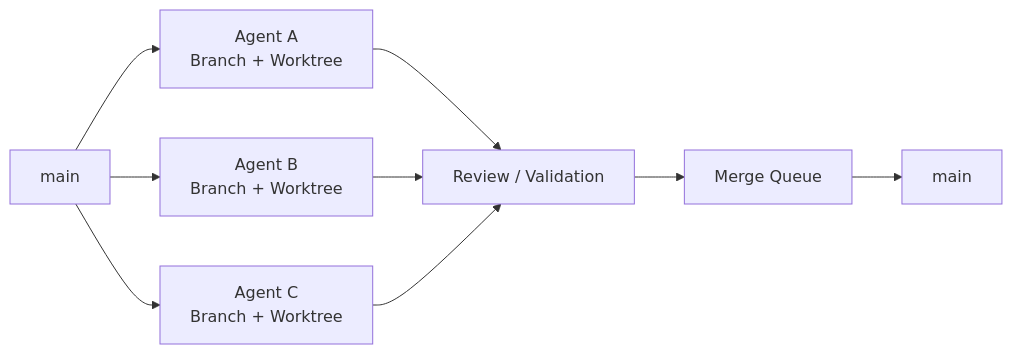
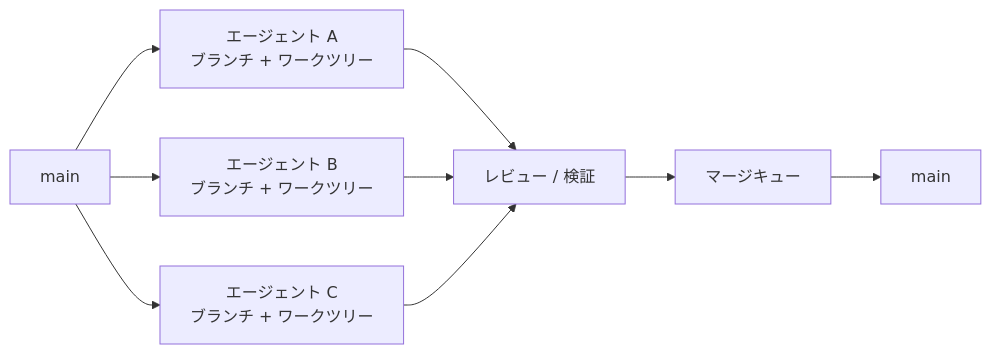
The first of 4 diagrams in README.ja.md (UlyssesLeoLee/MAGOS), drawn with Mermaid before and after one commit. The commit also changed other lines of this file and 1 other file, not shown here.

First line of the commit message:
docs: the Japanese README writes its diagrams and command comments in Japanese

````diff
--- a/README.ja.md
+++ b/README.ja.md
@@ -157,13 +157,13 @@
 ```mermaid
 flowchart LR
-    M["main"] --> A["Agent A<br/>Branch + Worktree"]
-    M --> B["Agent B<br/>Branch + Worktree"]
-    M --> C["Agent C<br/>Branch + Worktree"]
+    M["main"] --> A["エージェント A<br/>ブランチ + ワークツリー"]
+    M --> B["エージェント B<br/>ブランチ + ワークツリー"]
+    M --> C["エージェント C<br/>ブランチ + ワークツリー"]
 
-    A --> R["Review / Validation"]
+    A --> R["レビュー / 検証"]
     B --> R
     C --> R
 
-    R --> Q["Merge Queue"]
+    R --> Q["マージキュー"]
     Q --> M2["main"]
 ```
````
